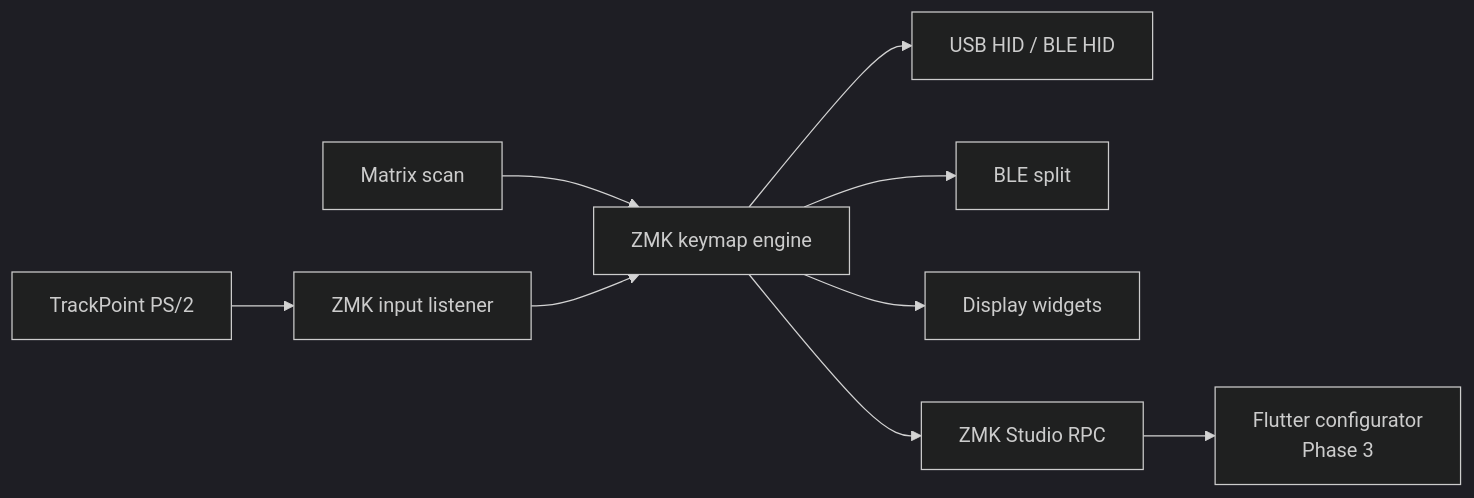
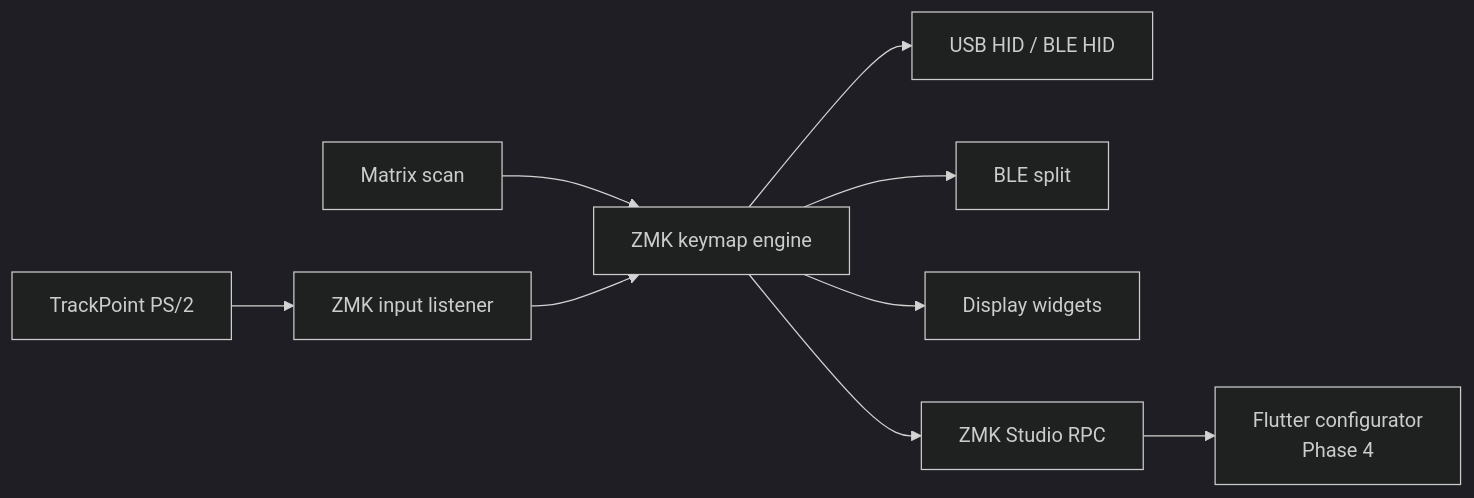
The third of 3 diagrams in docs/architecture.md (breno-villa/fluxpoint), drawn with Mermaid (dark theme) before and after one commit. The commit also changed other lines of this file and 25 other files, not shown here.

````diff
--- a/docs/architecture.md
+++ b/docs/architecture.md
@@ -150,11 +151,11 @@
 ```mermaid
 flowchart LR
     KSCAN["Matrix scan"] --> ZMK["ZMK keymap engine"]
     TP["TrackPoint PS/2"] --> INPUT["ZMK input listener"]
     INPUT --> ZMK
     ZMK --> HID["USB HID / BLE HID"]
     ZMK --> SPLIT["BLE split"]
     ZMK --> DISP["Display widgets"]
     ZMK --> STUDIO["ZMK Studio RPC"]
-    STUDIO --> APP["Flutter configurator<br/>Phase 3"]
+    STUDIO --> APP["Flutter configurator<br/>Phase 4"]
 ```
````
